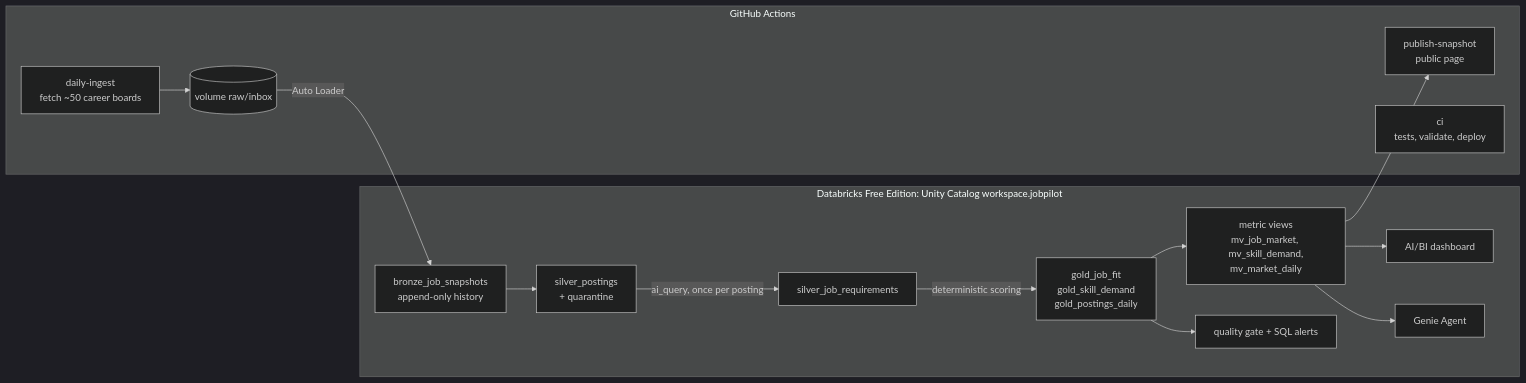
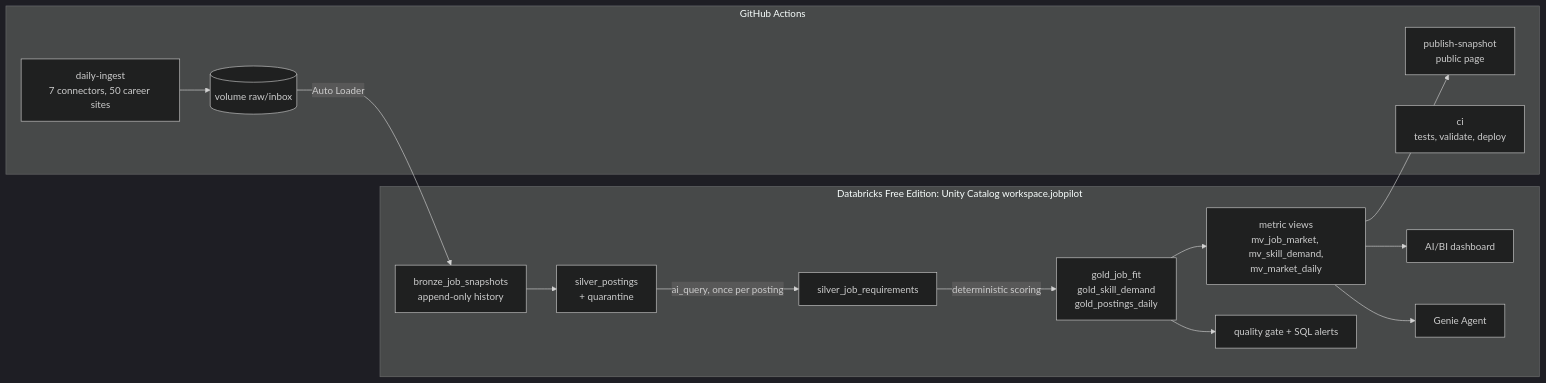
Before and after one commit to hakalaka/jobpilot: the diagram in README.md, drawn with Mermaid (dark theme). The commit also changed other lines of this file and 25 other files, not shown here.

````diff
--- a/README.md
+++ b/README.md
@@ -9,19 +9,19 @@
 ```mermaid
 flowchart LR
     subgraph GH[GitHub Actions]
-      F[daily-ingest<br/>fetch ~50 career boards] --> V
+      F[daily-ingest<br/>7 connectors, 50 career sites] --> V
       P[publish-snapshot<br/>public page]
       C[ci<br/>tests, validate, deploy]
     end
     subgraph DBX[Databricks Free Edition: Unity Catalog workspace.jobpilot]
       V[(volume raw/inbox)] -->|Auto Loader| B[bronze_job_snapshots<br/>append-only history]
       B --> S[silver_postings<br/>+ quarantine]
       S -->|ai_query, once per posting| R[silver_job_requirements]
       R -->|deterministic scoring| G[gold_job_fit<br/>gold_skill_demand<br/>gold_postings_daily]
       G --> M[metric views<br/>mv_job_market, mv_skill_demand,<br/>mv_market_daily]
       M --> D[AI/BI dashboard]
       M --> GA[Genie Agent]
       G --> Q[quality gate + SQL alerts]
     end
     M --> P
 ```
````
